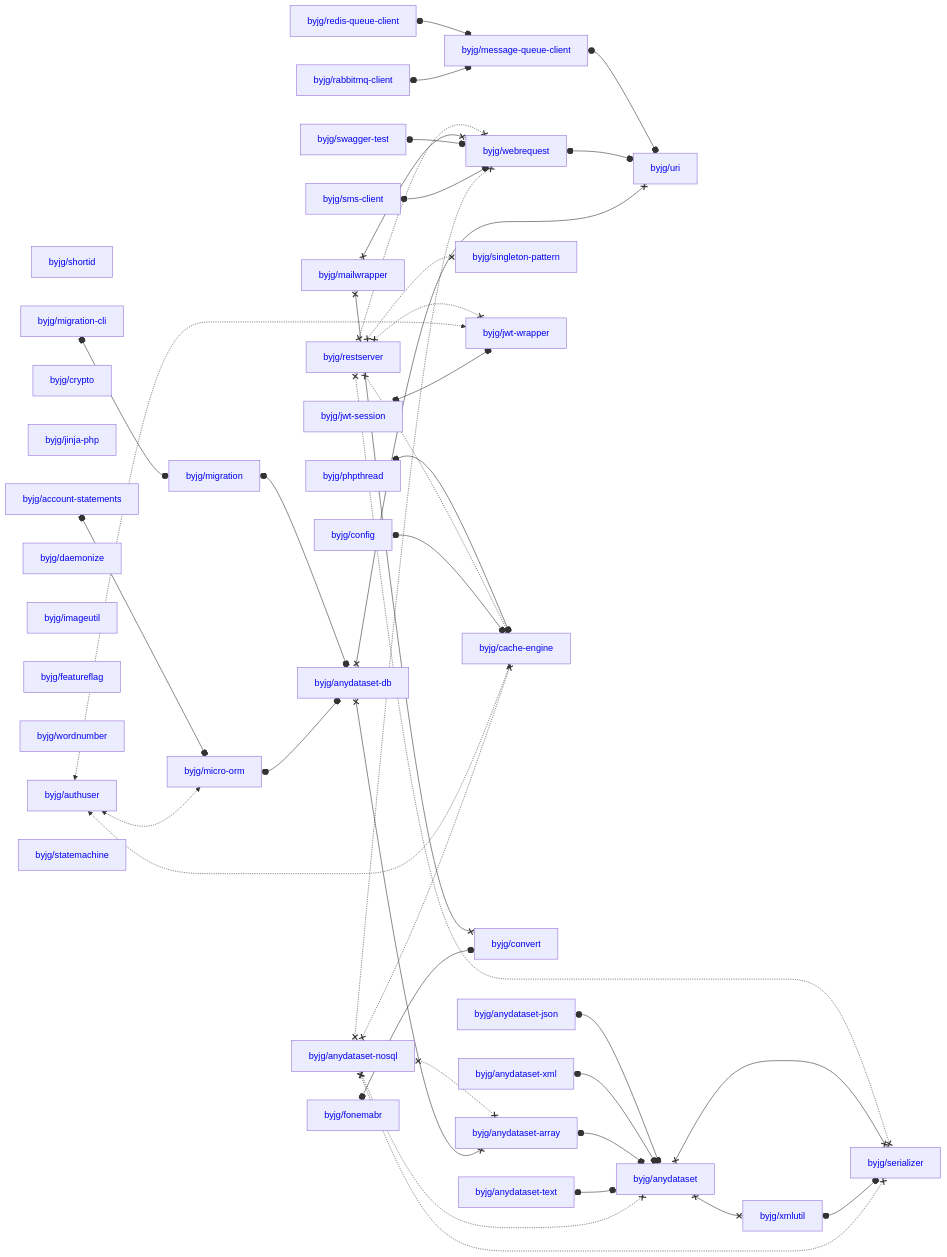
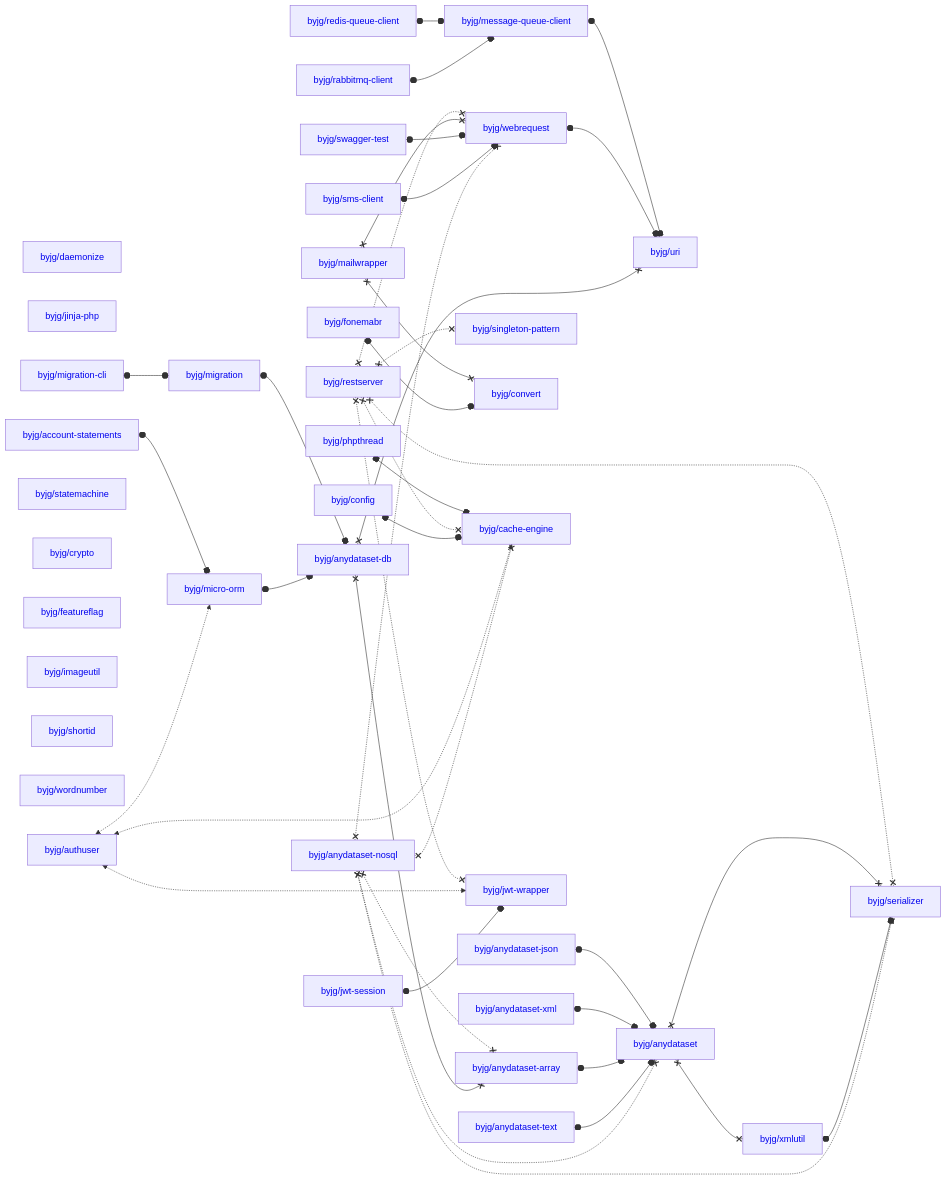
One commit to byjg/byjg.github.io changed the diagram in docs/php/README.md. Above: the diagram before and after it, drawn with Mermaid. The commit also changed other lines of this file, not shown here.

Commit message:
Update documentation 'php' 'php-migration'

````diff
--- a/docs/php/README.md
+++ b/docs/php/README.md
@@ -3,80 +3,80 @@
 ```mermaid
 graph LR;
-  byjg/anydataset-text[<a href='https://opensource.byjg.com/docs/php/anydataset-text' style='text-decoration:none'>byjg/anydataset-text</a>];
-  byjg/jwt-session[<a href='https://opensource.byjg.com/docs/php/jwt-session' style='text-decoration:none'>byjg/jwt-session</a>];
-  byjg/phpthread[<a href='https://opensource.byjg.com/docs/php/phpthread' style='text-decoration:none'>byjg/phpthread</a>];
-  byjg/shortid[<a href='https://opensource.byjg.com/docs/php/shortid' style='text-decoration:none'>byjg/shortid</a>];
-  byjg/authuser[<a href='https://opensource.byjg.com/docs/php/authuser' style='text-decoration:none'>byjg/authuser</a>];
-  byjg/crypto[<a href='https://opensource.byjg.com/docs/php/crypto' style='text-decoration:none'>byjg/crypto</a>];
-  byjg/redis-queue-client[<a href='https://opensource.byjg.com/docs/php/redis-queue-client' style='text-decoration:none'>byjg/redis-queue-client</a>];
-  byjg/restserver[<a href='https://opensource.byjg.com/docs/php/restserver' style='text-decoration:none'>byjg/restserver</a>];
-  byjg/anydataset-json[<a href='https://opensource.byjg.com/docs/php/anydataset-json' style='text-decoration:none'>byjg/anydataset-json</a>];
+  byjg/swagger-test[<a href='https://opensource.byjg.com/docs/php/swagger-test' style='text-decoration:none'>byjg/swagger-test</a>];
+  byjg/sms-client[<a href='https://opensource.byjg.com/docs/php/sms-client' style='text-decoration:none'>byjg/sms-client</a>];
+  byjg/config[<a href='https://opensource.byjg.com/docs/php/config' style='text-decoration:none'>byjg/config</a>];
+  byjg/daemonize[<a href='https://opensource.byjg.com/docs/php/daemonize' style='text-decoration:none'>byjg/daemonize</a>];
   byjg/jinja-php[<a href='https://opensource.byjg.com/docs/php/jinja-php' style='text-decoration:none'>byjg/jinja-php</a>];
   byjg/migration-cli[<a href='https://opensource.byjg.com/docs/php/migration-cli' style='text-decoration:none'>byjg/migration-cli</a>];
+  byjg/account-statements[<a href='https://opensource.byjg.com/docs/php/account-statements' style='text-decoration:none'>byjg/account-statements</a>];
+  byjg/redis-queue-client[<a href='https://opensource.byjg.com/docs/php/redis-queue-client' style='text-decoration:none'>byjg/redis-queue-client</a>];
+  byjg/statemachine[<a href='https://opensource.byjg.com/docs/php/statemachine' style='text-decoration:none'>byjg/statemachine</a>];
+  byjg/restserver[<a href='https://opensource.byjg.com/docs/php/restserver' style='text-decoration:none'>byjg/restserver</a>];
+  byjg/phpthread[<a href='https://opensource.byjg.com/docs/php/phpthread' style='text-decoration:none'>byjg/phpthread</a>];
+  byjg/fonemabr[<a href='https://opensource.byjg.com/docs/php/fonemabr' style='text-decoration:none'>byjg/fonemabr</a>];
+  byjg/anydataset-text[<a href='https://opensource.byjg.com/docs/php/anydataset-text' style='text-decoration:none'>byjg/anydataset-text</a>];
+  byjg/mailwrapper[<a href='https://opensource.byjg.com/docs/php/mailwrapper' style='text-decoration:none'>byjg/mailwrapper</a>];
+  byjg/anydataset-nosql[<a href='https://opensource.byjg.com/docs/php/anydataset-nosql' style='text-decoration:none'>byjg/anydataset-nosql</a>];
+  byjg/anydataset-json[<a href='https://opensource.byjg.com/docs/php/anydataset-json' style='text-decoration:none'>byjg/anydataset-json</a>];
+  byjg/crypto[<a href='https://opensource.byjg.com/docs/php/crypto' style='text-decoration:none'>byjg/crypto</a>];
+  byjg/featureflag[<a href='https://opensource.byjg.com/docs/php/featureflag' style='text-decoration:none'>byjg/featureflag</a>];
+  byjg/imageutil[<a href='https://opensource.byjg.com/docs/php/imageutil' style='text-decoration:none'>byjg/imageutil</a>];
   byjg/anydataset-xml[<a href='https://opensource.byjg.com/docs/php/anydataset-xml' style='text-decoration:none'>byjg/anydataset-xml</a>];
-  byjg/daemonize[<a href='https://opensource.byjg.com/docs/php/daemonize' style='text-decoration:none'>byjg/daemonize</a>];
-  byjg/anydataset-nosql[<a href='https://opensource.byjg.com/docs/php/anydataset-nosql' style='text-decoration:none'>byjg/anydataset-nosql</a>];
-  byjg/imageutil[<a href='https://opensource.byjg.com/docs/php/imageutil' style='text-decoration:none'>byjg/imageutil</a>];
-  byjg/config[<a href='https://opensource.byjg.com/docs/php/config' style='text-decoration:none'>byjg/config</a>];
-  byjg/fonemabr[<a href='https://opensource.byjg.com/docs/php/fonemabr' style='text-decoration:none'>byjg/fonemabr</a>];
-  byjg/swagger-test[<a href='https://opensource.byjg.com/docs/php/swagger-test' style='text-decoration:none'>byjg/swagger-test</a>];
-  byjg/featureflag[<a href='https://opensource.byjg.com/docs/php/featureflag' style='text-decoration:none'>byjg/featureflag</a>];
-  byjg/sms-client[<a href='https://opensource.byjg.com/docs/php/sms-client' style='text-decoration:none'>byjg/sms-client</a>];
+  byjg/jwt-session[<a href='https://opensource.byjg.com/docs/php/jwt-session' style='text-decoration:none'>byjg/jwt-session</a>];
+  byjg/shortid[<a href='https://opensource.byjg.com/docs/php/shortid' style='text-decoration:none'>byjg/shortid</a>];
   byjg/wordnumber[<a href='https://opensource.byjg.com/docs/php/wordnumber' style='text-decoration:none'>byjg/wordnumber</a>];
-  byjg/mailwrapper[<a href='https://opensource.byjg.com/docs/php/mailwrapper' style='text-decoration:none'>byjg/mailwrapper</a>];
-  byjg/account-statements[<a href='https://opensource.byjg.com/docs/php/account-statements' style='text-decoration:none'>byjg/account-statements</a>];
-  byjg/statemachine[<a href='https://opensource.byjg.com/docs/php/statemachine' style='text-decoration:none'>byjg/statemachine</a>];
+  byjg/authuser[<a href='https://opensource.byjg.com/docs/php/authuser' style='text-decoration:none'>byjg/authuser</a>];
   byjg/rabbitmq-client[<a href='https://opensource.byjg.com/docs/php/rabbitmq-client' style='text-decoration:none'>byjg/rabbitmq-client</a>];
+  byjg/migration[<a href='https://opensource.byjg.com/docs/php/migration' style='text-decoration:none'>byjg/migration</a>];
   byjg/singleton-pattern[<a href='https://opensource.byjg.com/docs/php/singleton-pattern' style='text-decoration:none'>byjg/singleton-pattern</a>];
-  byjg/jwt-wrapper[<a href='https://opensource.byjg.com/docs/php/jwt-wrapper' style='text-decoration:none'>byjg/jwt-wrapper</a>];
-  byjg/migration[<a href='https://opensource.byjg.com/docs/php/migration' style='text-decoration:none'>byjg/migration</a>];
-  byjg/cache-engine[<a href='https://opensource.byjg.com/docs/php/cache-engine' style='text-decoration:none'>byjg/cache-engine</a>];
   byjg/convert[<a href='https://opensource.byjg.com/docs/php/convert' style='text-decoration:none'>byjg/convert</a>];
   byjg/webrequest[<a href='https://opensource.byjg.com/docs/php/webrequest' style='text-decoration:none'>byjg/webrequest</a>];
   byjg/micro-orm[<a href='https://opensource.byjg.com/docs/php/micro-orm' style='text-decoration:none'>byjg/micro-orm</a>];
+  byjg/cache-engine[<a href='https://opensource.byjg.com/docs/php/cache-engine' style='text-decoration:none'>byjg/cache-engine</a>];
+  byjg/jwt-wrapper[<a href='https://opensource.byjg.com/docs/php/jwt-wrapper' style='text-decoration:none'>byjg/jwt-wrapper</a>];
   byjg/message-queue-client[<a href='https://opensource.byjg.com/docs/php/message-queue-client' style='text-decoration:none'>byjg/message-queue-client</a>];
   byjg/anydataset-db[<a href='https://opensource.byjg.com/docs/php/anydataset-db' style='text-decoration:none'>byjg/anydataset-db</a>];
   byjg/anydataset-array[<a href='https://opensource.byjg.com/docs/php/anydataset-array' style='text-decoration:none'>byjg/anydataset-array</a>];
   byjg/uri[<a href='https://opensource.byjg.com/docs/php/uri' style='text-decoration:none'>byjg/uri</a>];
   byjg/anydataset[<a href='https://opensource.byjg.com/docs/php/anydataset' style='text-decoration:none'>byjg/anydataset</a>];
   byjg/xmlutil[<a href='https://opensource.byjg.com/docs/php/xmlutil' style='text-decoration:none'>byjg/xmlutil</a>];
   byjg/serializer[<a href='https://opensource.byjg.com/docs/php/serializer' style='text-decoration:none'>byjg/serializer</a>];
   byjg/phpthread o--o byjg/cache-engine;
   byjg/restserver x-.-x byjg/serializer;
   byjg/restserver x-.-x byjg/singleton-pattern;
   byjg/restserver x-.-x byjg/cache-engine;
   byjg/restserver x-.-x byjg/webrequest;
   byjg/restserver x-.-x byjg/jwt-wrapper;
   byjg/message-queue-client o--o byjg/uri;
   byjg/migration-cli o--o byjg/migration;
   byjg/anydataset-json o--o byjg/anydataset;
   byjg/mailwrapper x--x byjg/convert;
   byjg/mailwrapper x--x byjg/webrequest;
   byjg/swagger-test o--o byjg/webrequest;
   byjg/fonemabr o--o byjg/convert;
   byjg/redis-queue-client o--o byjg/message-queue-client;
   byjg/migration o--o byjg/anydataset-db;
   byjg/anydataset-xml o--o byjg/anydataset;
   byjg/anydataset-array o--o byjg/anydataset;
   byjg/config o--o byjg/cache-engine;
   byjg/sms-client o--o byjg/webrequest;
   byjg/webrequest o--o byjg/uri;
   byjg/anydataset-text o--o byjg/anydataset;
   byjg/anydataset x--x byjg/serializer;
   byjg/anydataset x--x byjg/xmlutil;
   byjg/xmlutil o--o byjg/serializer;
   byjg/account-statements o--o byjg/micro-orm;
   byjg/rabbitmq-client o--o byjg/message-queue-client;
   byjg/micro-orm o--o byjg/anydataset-db;
   byjg/authuser <-.-> byjg/micro-orm;
   byjg/authuser <-.-> byjg/cache-engine;
   byjg/authuser <-.-> byjg/jwt-wrapper;
   byjg/anydataset-nosql x-.-x byjg/anydataset;
   byjg/anydataset-nosql x-.-x byjg/anydataset-array;
   byjg/anydataset-nosql x-.-x byjg/serializer;
   byjg/anydataset-nosql x-.-x byjg/webrequest;
   byjg/anydataset-nosql x-.-x byjg/cache-engine;
   byjg/anydataset-db x--x byjg/anydataset-array;
   byjg/anydataset-db x--x byjg/uri;
   byjg/jwt-session o--o byjg/jwt-wrapper;
 ```
````
